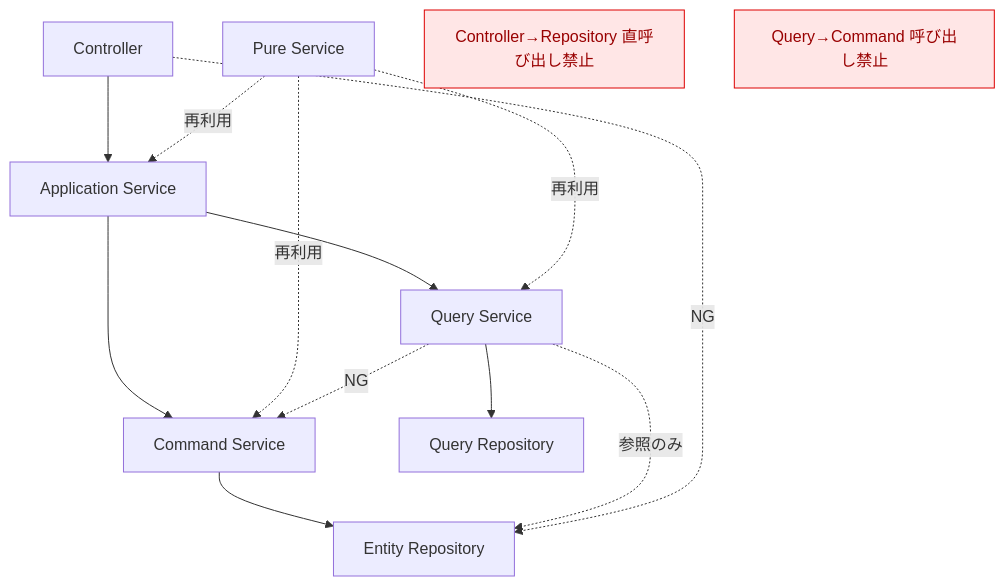
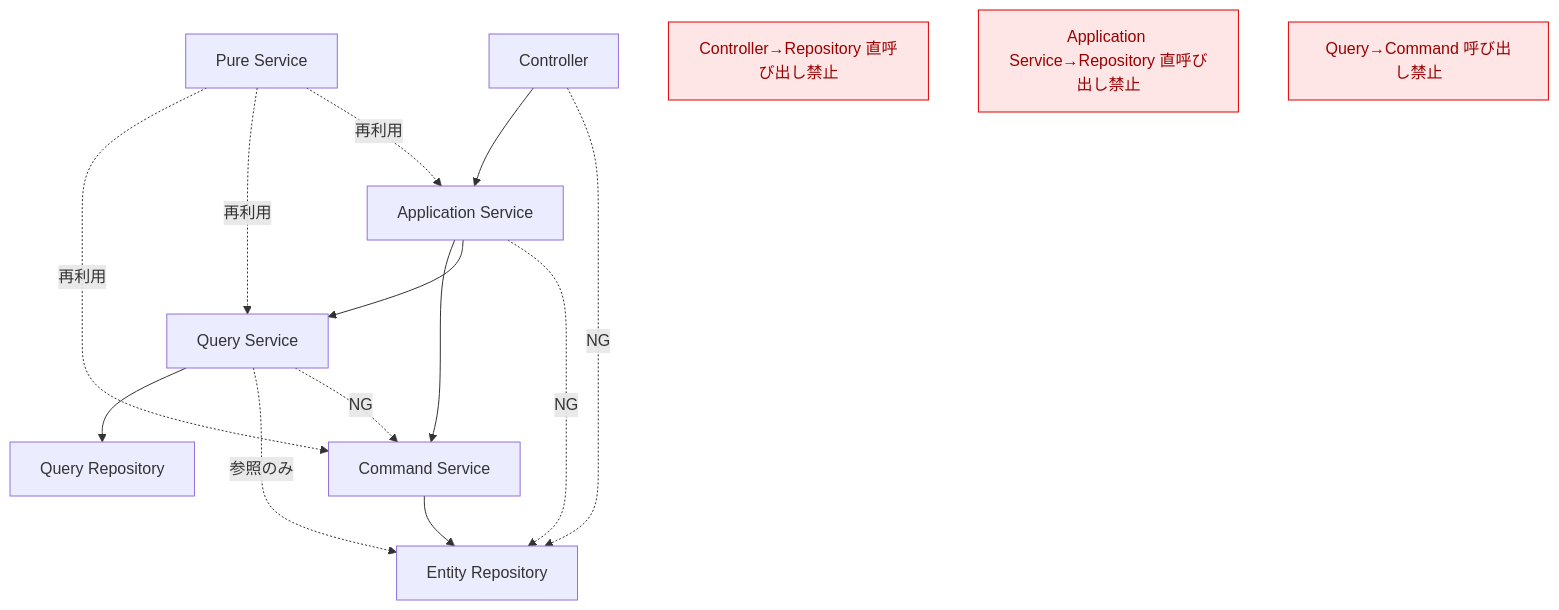
One commit to sh-lab/system-docs-template changed the diagram in docs-template/02_architecture/layering-overview.md. Above: the diagram before and after it, drawn with Mermaid. The commit also changed other lines of this file and 1 other file, not shown here.

Commit message:
docs: refine architecture templates (#4)

````diff
--- a/docs-template/02_architecture/layering-overview.md
+++ b/docs-template/02_architecture/layering-overview.md
@@ -137,19 +140,21 @@
 ```mermaid
 flowchart TD
   C[Controller] --> A[Application Service]
   A --> CS[Command Service]
   A --> QS[Query Service]
   CS --> ER[Entity Repository]
   QS --> QR[Query Repository]
   QS -.参照のみ.-> ER
   PS[Pure Service] -.再利用.-> CS
   PS -.再利用.-> QS
   PS -.再利用.-> A
 
   %% Cross-layer constraints (visual hints)
   classDef forbid fill:#ffe6e6,stroke:#d00,stroke-width:1px,color:#900;
   CxR[Controller→Repository 直呼び出し禁止]:::forbid
+  AxR[Application Service→Repository 直呼び出し禁止]:::forbid
   QxC[Query→Command 呼び出し禁止]:::forbid
   C -.NG.-> ER
+  A -.NG.-> ER
   QS -.NG.-> CS
 ```
````
